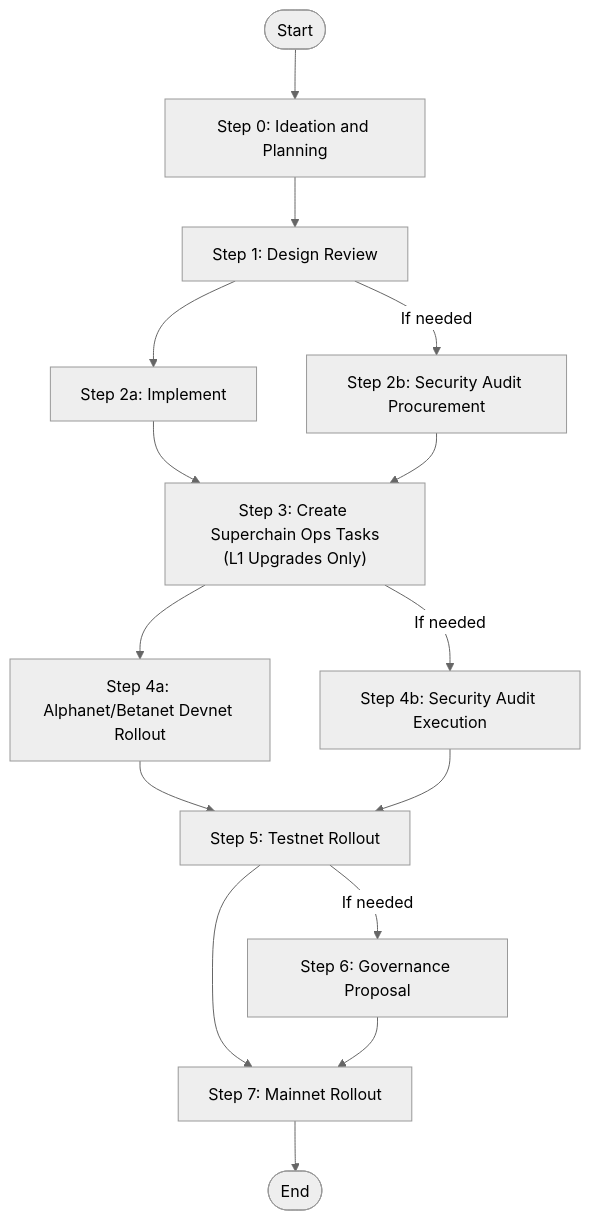
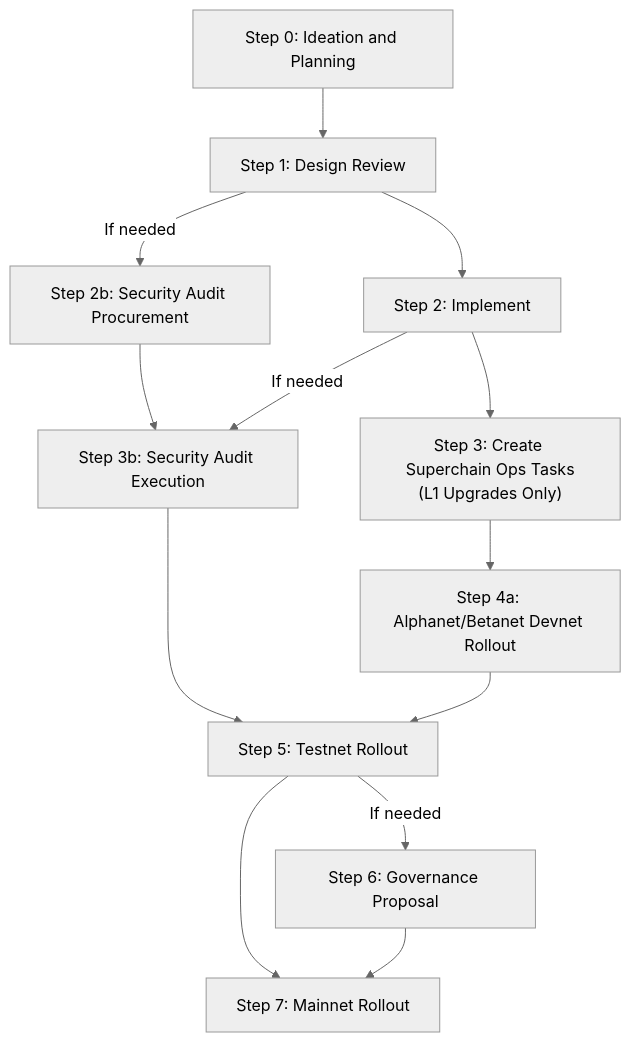
The diagram in src/images/sdlc-flowchart.mermaid (ethereum-optimism/pm), drawn with Mermaid (neutral theme) before and after one commit. The commit also changed 2 other files, not shown here.

Commit message:
consider fma actions and time of audit

```diff
--- a/src/images/sdlc-flowchart.mermaid
+++ b/src/images/sdlc-flowchart.mermaid
@@ -1,20 +1,20 @@
 flowchart TD
-    Start([Start]) --> Step0[Step 0: Ideation and Planning]
+    Step0[Step 0: Ideation and Planning]
     Step0 --> Step1[Step 1: Design Review]
+
+    Step1 --> Step2[Step 2: Implement]
+    Step1 -->|"If needed"| Step2b[Step 2b: Security Audit Procurement]
     
-    Step1 --> Step2a[Step 2a: Implement]
-    Step1 -->|"If needed"| Step2b[Step 2b: Security Audit Procurement]
-    Step2a --> Step3[Step 3: Create Superchain Ops Tasks]
-    Step2b --> Step3[Step 3: Create Superchain Ops Tasks]
+    Step2 --> Step3["Step 3: Create Superchain Ops Tasks<br>(L1 Upgrades Only)"]    
+    Step2b --> Step3b[Step 3b: Security Audit Execution]
+    Step2 -->|"If needed"| Step3b
     
-    Step3 --> Step4a[Step 4a: Alphanet/Betanet Devnet Rollout]
-    Step3["Step 3: Create Superchain Ops Tasks<br>(L1 Upgrades Only)"] -->|"If needed"| Step4b[Step 4b: Security Audit Execution]
-    Step4a --> Step5[Step 5: Testnet Rollout]
-    Step4b --> Step5
+    Step3 --> Step4[Step 4a: Alphanet/Betanet Devnet Rollout]
+    Step3b --> Step5
     
+    Step4 --> Step5[Step 5: Testnet Rollout]
+    
+    Step5 --> Step7[Step 7: Mainnet Rollout]    
     Step5 -->|"If needed"| Step6[Step 6: Governance Proposal]
-    Step5 --> Step7[Step 7: Mainnet Rollout]
     
     Step6 --> Step7
-    
-    Step7 --> End([End])
```
